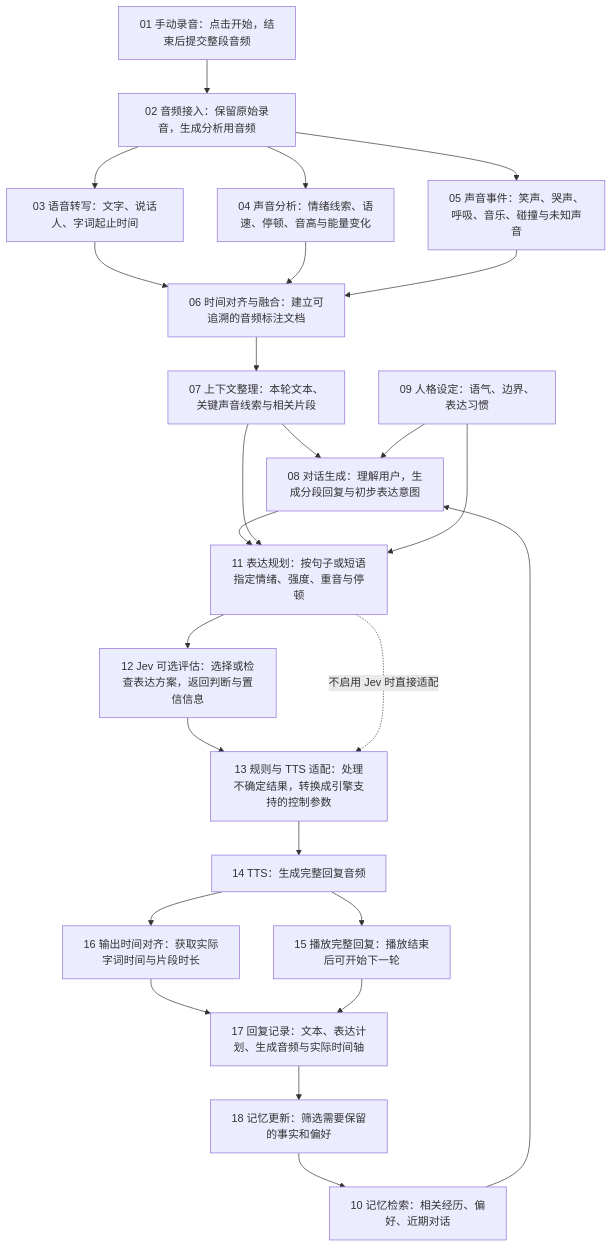
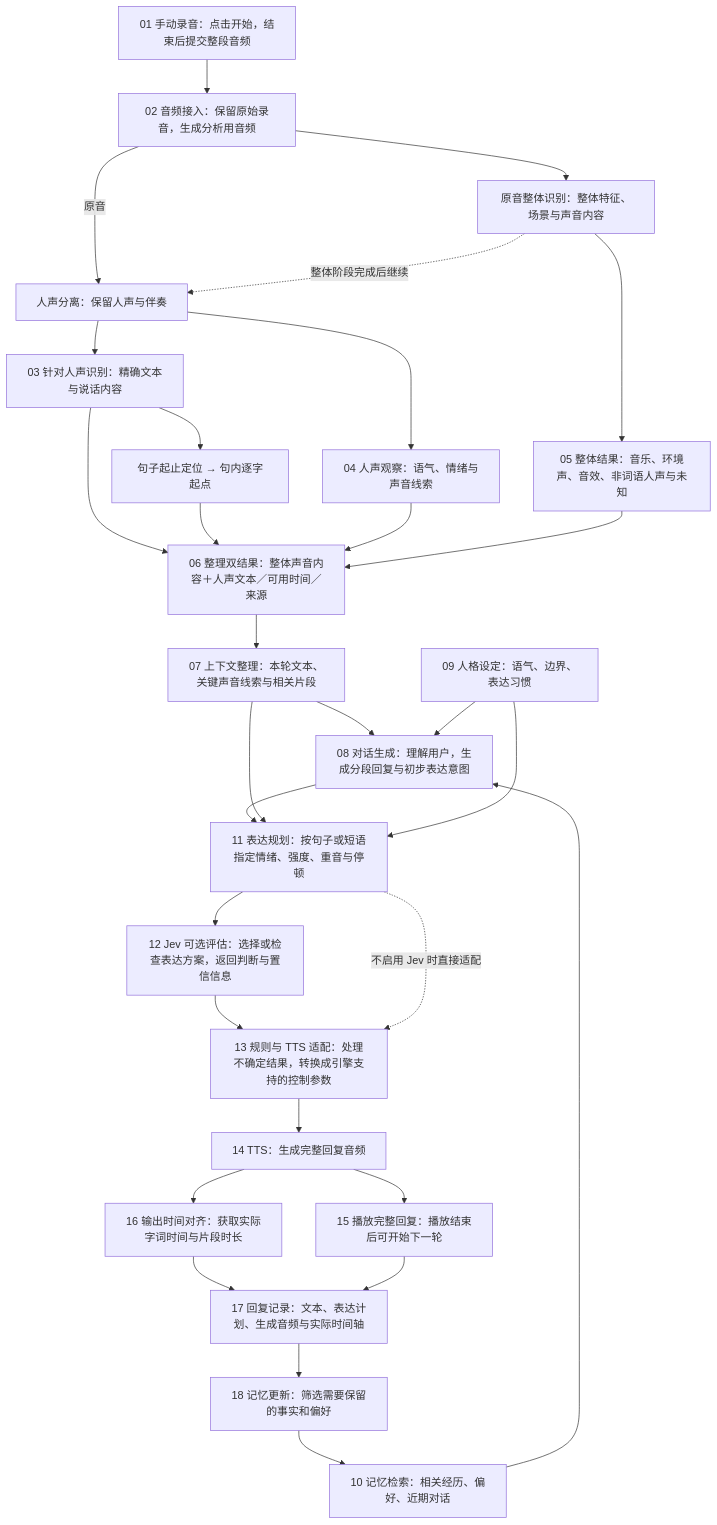
One commit to pellx/mutsumi changed the first of 2 diagrams in voice-system-flow.md. Above: the diagram before and after it, drawn with Mermaid. The commit also changed other lines of this file, not shown here.

Commit message:
docs: update only audio-to-text section of main flow

````diff
--- a/voice-system-flow.md
+++ b/voice-system-flow.md
@@ -5,27 +5,32 @@
 ```mermaid
 flowchart TD
     A01["01 手动录音：点击开始，结束后提交整段音频"] --> A02["02 音频接入：保留原始录音，生成分析用音频"]
-    A02 --> A03["03 语音转写：文字、说话人、字词起止时间"]
-    A02 --> A04["04 声音分析：情绪线索、语速、停顿、音高与能量变化"]
-    A02 --> A05["05 声音事件：笑声、哭声、呼吸、音乐、碰撞与未知声音"]
-    A03 --> A06["06 时间对齐与融合：建立可追溯的音频标注文档"]
+    A02 --> A20["原音整体识别：整体特征、场景与声音内容"]
+    A20 --> A05["05 整体结果：音乐、环境声、音效、非词语人声与未知"]
+    A02 -->|原音| A21["人声分离：保留人声与伴奏"]
+    A20 -. "整体阶段完成后继续" .-> A21
+    A21 --> A03["03 针对人声识别：精确文本与说话内容"]
+    A21 --> A04["04 人声观察：语气、情绪与声音线索"]
+    A03 --> A22["句子起止定位 → 句内逐字起点"]
+    A03 --> A06["06 整理双结果：整体声音内容＋人声文本／可用时间／来源"]
+    A22 --> A06
     A04 --> A06
     A05 --> A06
     A06 --> A07["07 上下文整理：本轮文本、关键声音线索与相关片段"]
     A07 --> A08["08 对话生成：理解用户，生成分段回复与初步表达意图"]
     M01["09 人格设定：语气、边界、表达习惯"] --> A08
     M02["10 记忆检索：相关经历、偏好、近期对话"] --> A08
     A08 --> A09["11 表达规划：按句子或短语指定情绪、强度、重音与停顿"]
     A07 --> A09
     M01 --> A09
     A09 --> A10["12 Jev 可选评估：选择或检查表达方案，返回判断与置信信息"]
     A10 --> A11["13 规则与 TTS 适配：处理不确定结果，转换成引擎支持的控制参数"]
     A09 -. "不启用 Jev 时直接适配" .-> A11
     A11 --> A12["14 TTS：生成完整回复音频"]
     A12 --> A13["15 播放完整回复：播放结束后可开始下一轮"]
     A12 --> A14["16 输出时间对齐：获取实际字词时间与片段时长"]
     A14 --> A15["17 回复记录：文本、表达计划、生成音频与实际时间轴"]
     A13 --> A15
     A15 --> M03["18 记忆更新：筛选需要保留的事实和偏好"]
     M03 --> M02
 ```
````
